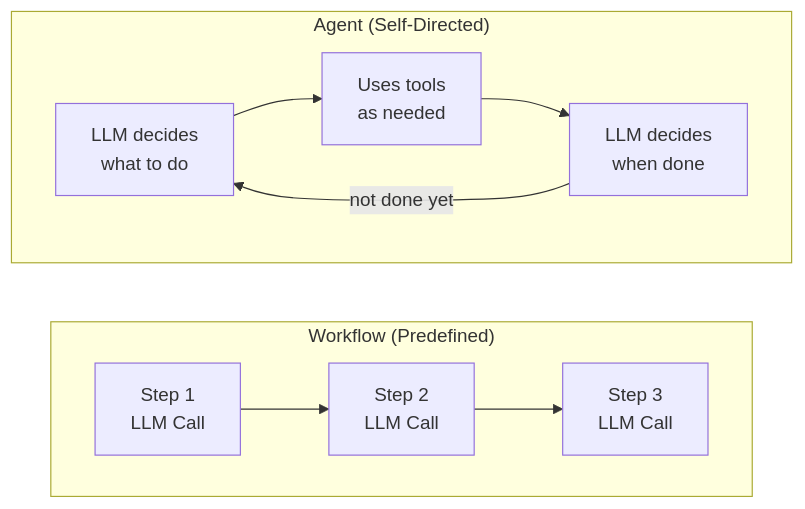
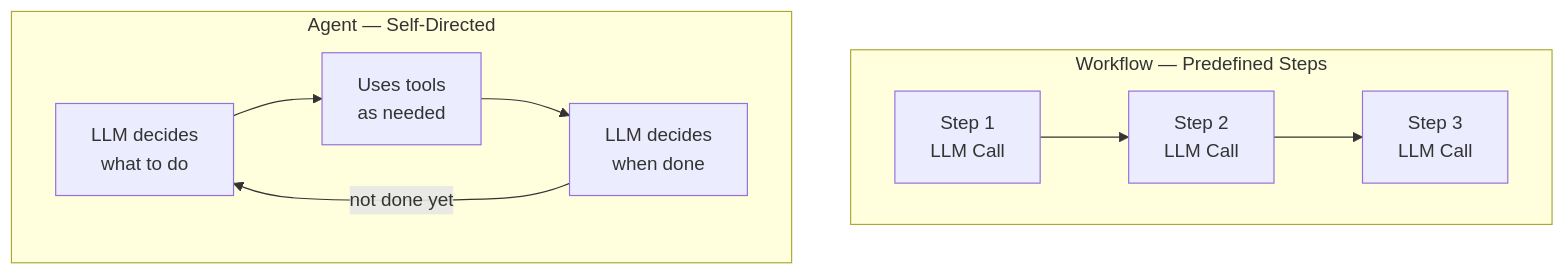
The third of 12 diagrams in docs/blog_draft.md (suthrams/jobsearchagent-v2), drawn with Mermaid before and after one commit. The commit also changed other lines of this file and 1 other file, not shown here.

First line of the commit message:
Fix Mermaid diagram syntax in blog draft

````diff
--- a/docs/blog_draft.md
+++ b/docs/blog_draft.md
@@ -95,13 +95,11 @@
 ```mermaid
-flowchart LR
-    subgraph W["Workflow (Predefined)"]
-        direction LR
+flowchart TB
+    subgraph WORKFLOW["Workflow — Predefined Steps"]
         W1["Step 1\nLLM Call"] --> W2["Step 2\nLLM Call"] --> W3["Step 3\nLLM Call"]
     end
 
-    subgraph A["Agent (Self-Directed)"]
-        direction LR
+    subgraph AGENT["Agent — Self-Directed"]
         A1["LLM decides\nwhat to do"] --> A2["Uses tools\nas needed"] --> A3["LLM decides\nwhen done"]
         A3 -->|"not done yet"| A1
     end
 ```
````
